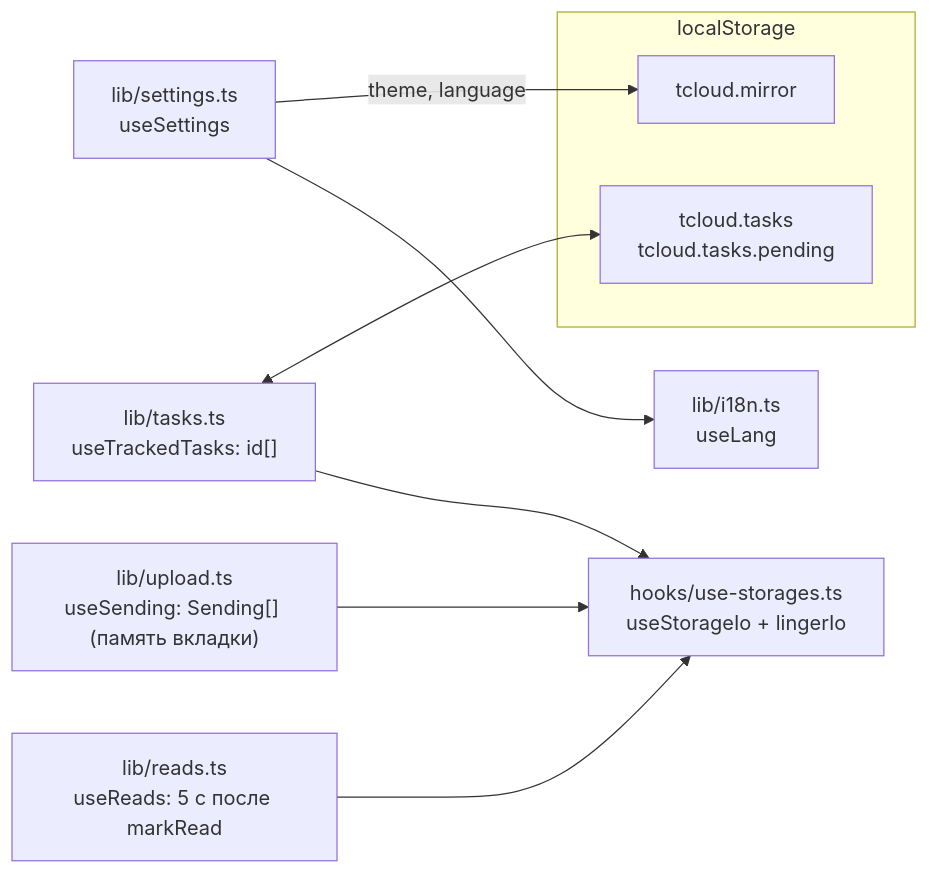
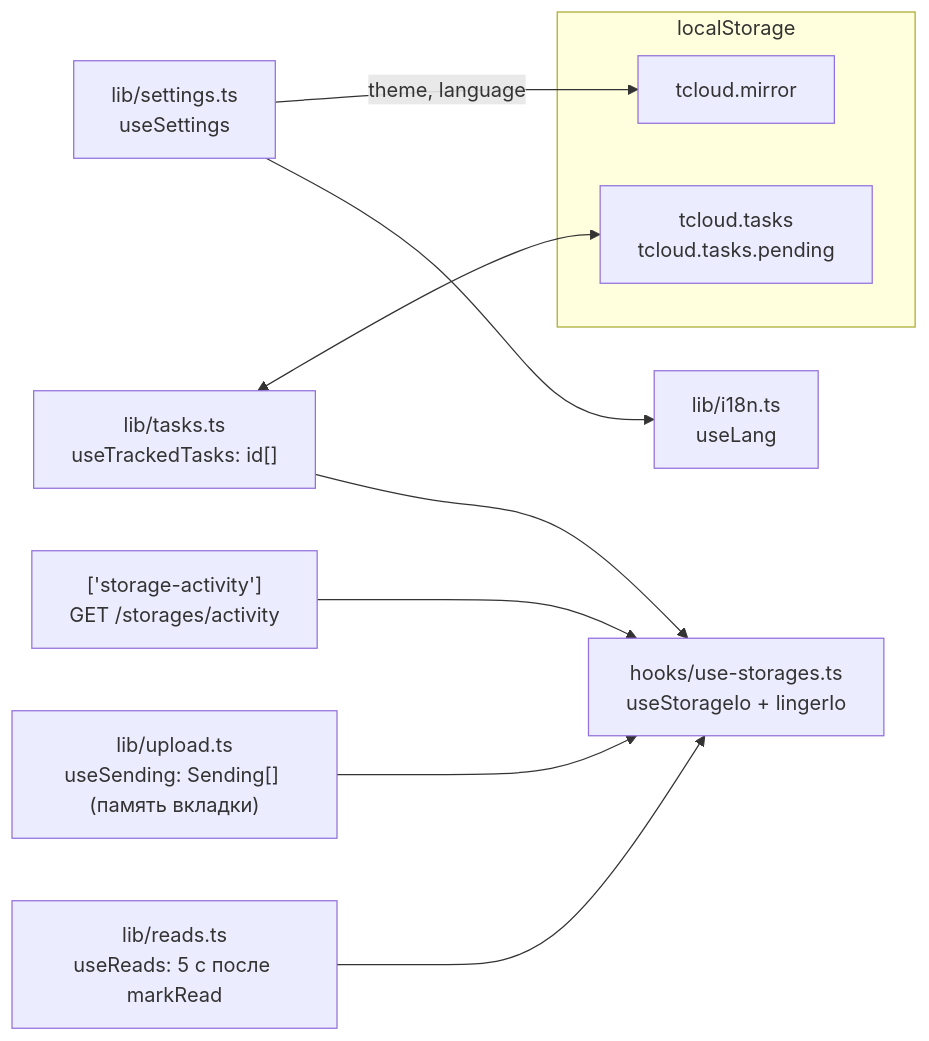
One commit to NikitkaZXC/tcloud-frontend changed the second of 5 diagrams in docs/data-flow.md. Above: the diagram before and after it, drawn with Mermaid. The commit also changed other lines of this file and 7 other files, not shown here.

Commit message:
feat: blink storage LEDs from GET /api/storages/activity merged with local activity

````diff
--- a/docs/data-flow.md
+++ b/docs/data-flow.md
@@ -100,17 +101,18 @@
 ```mermaid
 flowchart LR
     subgraph ls["localStorage"]
         tasksLs["tcloud.tasks<br/>tcloud.tasks.pending"]
         mirror["tcloud.mirror"]
     end
     settings["lib/settings.ts<br/>useSettings"] -- "theme, language" --> mirror
     tasks["lib/tasks.ts<br/>useTrackedTasks: id[]"] <--> tasksLs
     sending["lib/upload.ts<br/>useSending: Sending[] (память вкладки)"]
     reads["lib/reads.ts<br/>useReads: 5 с после markRead"]
     lang["lib/i18n.ts<br/>useLang"]
     io["hooks/use-storages.ts<br/>useStorageIo + lingerIo"]
+    srvIo["['storage-activity']<br/>GET /storages/activity"] --> io
     sending --> io
     tasks --> io
     reads --> io
     settings --> lang
 ```
````
